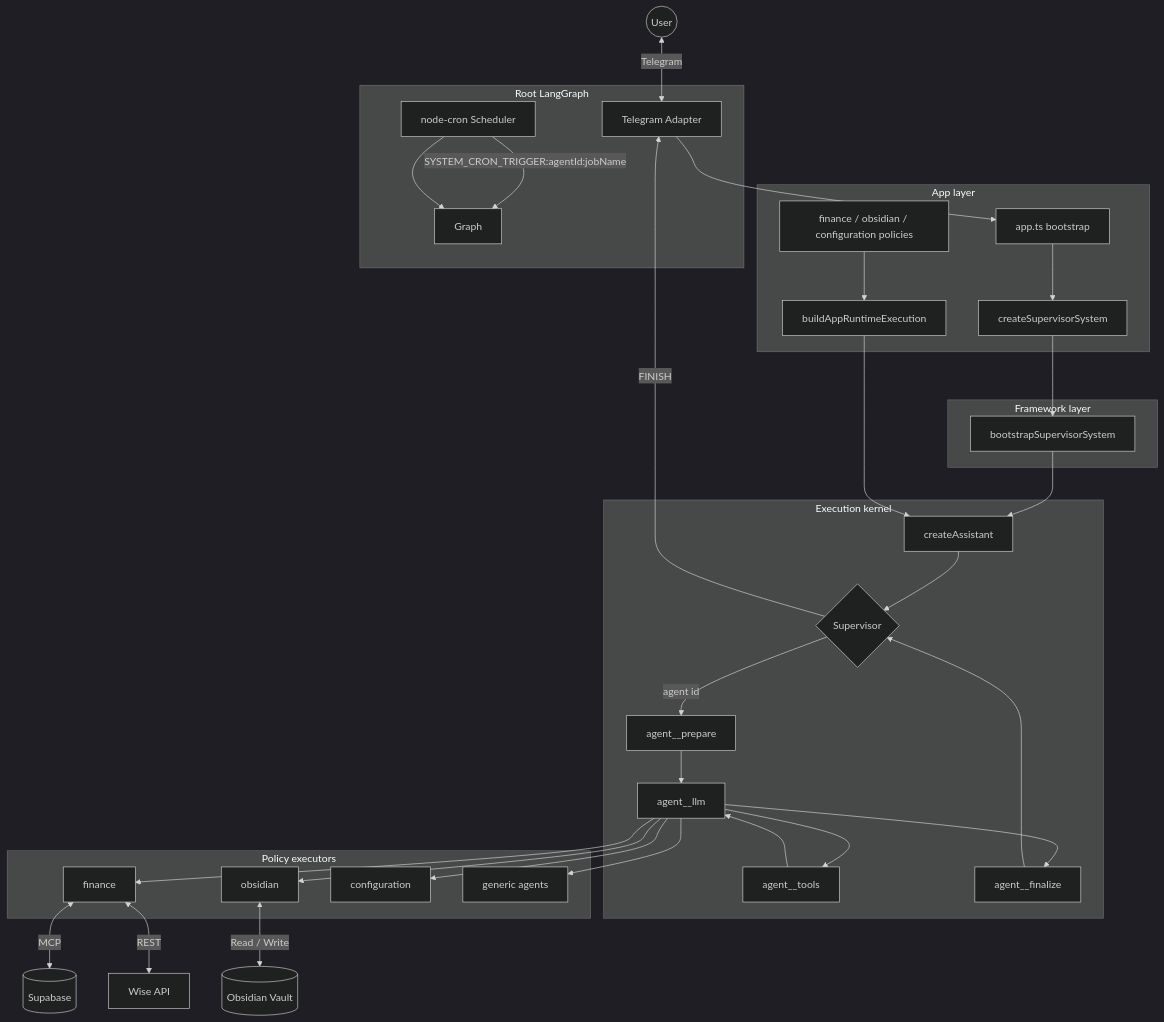
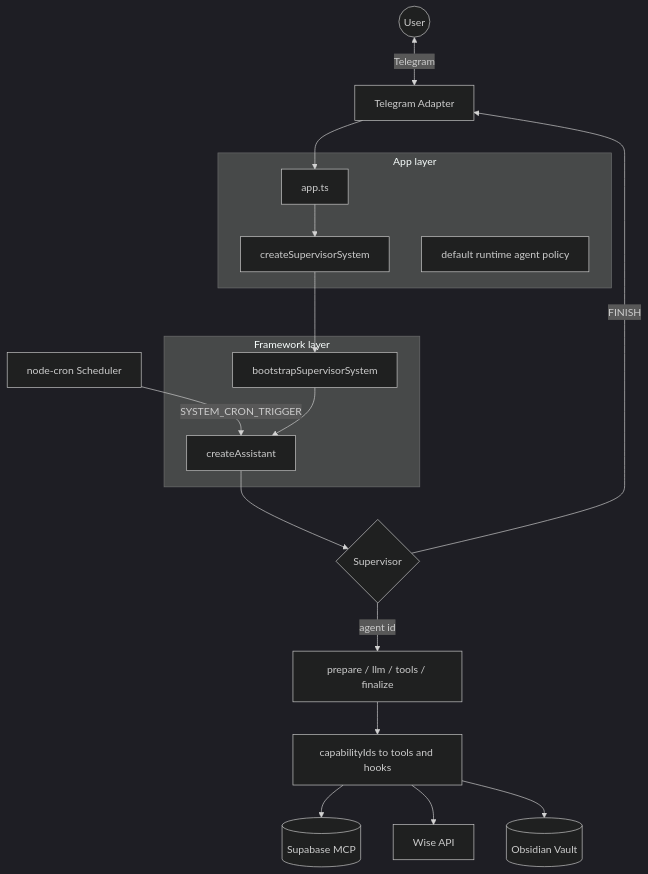
The diagram in README.md (slnnzmtl/langgraph-personal-assistant), drawn with Mermaid (dark theme) before and after one commit. The commit also changed other lines of this file and 73 other files, not shown here.

Commit message:
refactor: architecture review

````diff
--- a/README.md
+++ b/README.md
@@ -9,52 +9,25 @@
 ```mermaid
 graph TD
     User((User)) <-->|Telegram| Adapter[Telegram Adapter]
-    Cron[node-cron Scheduler] -->|SYSTEM_CRON_TRIGGER:agentId:jobName| Graph
+    Cron[node-cron Scheduler] -->|SYSTEM_CRON_TRIGGER| CreateAssistant
 
     subgraph AppLayer [App layer]
-        AppTS[app.ts bootstrap]
+        AppTS[app.ts]
         PersonalPack[createSupervisorSystem]
-        AppKit[buildAppRuntimeExecution]
-        AppPolicies[finance / obsidian / configuration policies]
+        AppPolicy[default runtime agent policy]
     end
 
     subgraph FrameworkLayer [Framework layer]
         Bootstrap[bootstrapSupervisorSystem]
+        CreateAssistant[createAssistant]
     end
 
-    subgraph CoreKernel [Execution kernel]
-        CreateAssistant[createAssistant]
-        Supervisor{Supervisor}
-        Prepare["agent__prepare"]
-        Llm["agent__llm"]
-        Tools["agent__tools"]
-        Finalize["agent__finalize"]
-    end
-
-    subgraph RootGraph [Root LangGraph]
-        Adapter --> AppTS --> PersonalPack --> Bootstrap --> CreateAssistant
-        CreateAssistant --> Supervisor
-        Supervisor -->|agent id| Prepare
-        Prepare --> Llm
-        Llm --> Tools
-        Tools --> Llm
-        Llm --> Finalize
-        Finalize --> Supervisor
-        Supervisor -->|FINISH| Adapter
-        Cron --> Graph
-    end
-
-    AppKit --> CreateAssistant
-    AppPolicies --> AppKit
-
-    subgraph RuntimePolicies [Policy executors]
-        Llm --> FinancePolicy[finance]
-        Llm --> ObsidianPolicy[obsidian]
-        Llm --> ConfigurationPolicy[configuration]
-        Llm --> GenericPolicy[generic agents]
-    end
-
-    FinancePolicy <-->|MCP| Supabase[(Supabase)]
-    FinancePolicy <-->|REST| Wise[Wise API]
-    ObsidianPolicy <-->|Read / Write| Vault[(Obsidian Vault)]
+    Adapter --> AppTS --> PersonalPack --> Bootstrap --> CreateAssistant
+    CreateAssistant --> Supervisor{Supervisor}
+    Supervisor -->|agent id| RuntimeLoop[prepare / llm / tools / finalize]
+    RuntimeLoop --> Capabilities[capabilityIds to tools and hooks]
+    Capabilities --> Supabase[(Supabase MCP)]
+    Capabilities --> Wise[Wise API]
+    Capabilities --> Vault[(Obsidian Vault)]
+    Supervisor -->|FINISH| Adapter
 ```
````
